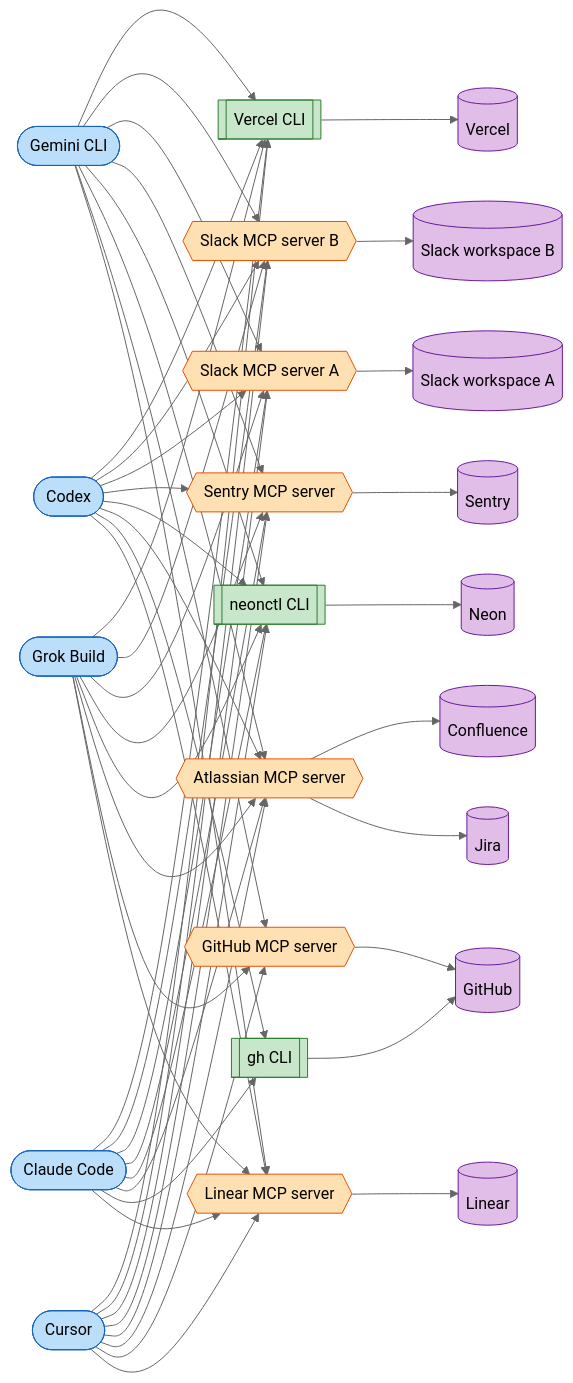
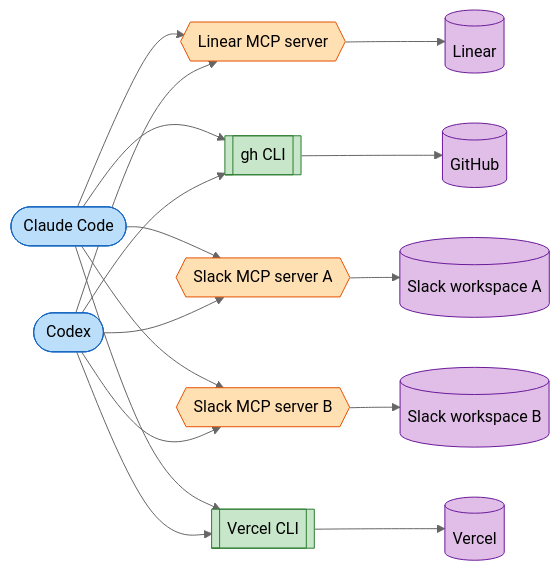
One commit to alephic-ai/foac changed the first of 2 diagrams in README.md. Above: the diagram before and after it, drawn with Mermaid (neutral theme). The commit also changed other lines of this file, not shown here.

Commit message:
docs: trim the README diagrams to two harnesses and five providers

````diff
--- a/README.md
+++ b/README.md
@@ -19,25 +19,18 @@
 ```mermaid
 graph LR
-    CC([Claude Code]) --> LMCP & GHCLI & AMCP & NCLI & SMCP & SLMCPA & SLMCPB & VCLI
-    CU([Cursor]) --> LMCP & GHMCP & AMCP & NCLI & SMCP & SLMCPA & SLMCPB & VCLI
-    GRK([Grok Build]) --> LMCP & GHMCP & AMCP & NCLI & SMCP & SLMCPA & SLMCPB & VCLI
-    CX([Codex]) --> LMCP & GHCLI & AMCP & NCLI & SMCP & SLMCPA & SLMCPB & VCLI
-    GEM([Gemini CLI]) --> LMCP & GHMCP & AMCP & NCLI & SMCP & SLMCPA & SLMCPB & VCLI
+    CC([Claude Code]) --> LMCP & GHCLI & SLMCPA & SLMCPB & VCLI
+    CX([Codex]) --> LMCP & GHCLI & SLMCPA & SLMCPB & VCLI
     LMCP{{Linear MCP server}} --> Linear[(Linear)]
-    GHMCP{{GitHub MCP server}} --> GitHub[(GitHub)]
-    GHCLI[[gh CLI]] --> GitHub
-    AMCP{{Atlassian MCP server}} --> Jira[(Jira)] & Confluence[(Confluence)]
-    NCLI[[neonctl CLI]] --> Neon[(Neon)]
-    SMCP{{Sentry MCP server}} --> Sentry[(Sentry)]
+    GHCLI[[gh CLI]] --> GitHub[(GitHub)]
     SLMCPA{{Slack MCP server A}} --> SlackA[(Slack workspace A)]
     SLMCPB{{Slack MCP server B}} --> SlackB[(Slack workspace B)]
     VCLI[[Vercel CLI]] --> Vercel[(Vercel)]
     classDef harness fill:#bbdefb,stroke:#1565c0,color:#000
     classDef mcp fill:#ffe0b2,stroke:#e65100,color:#000
     classDef cli fill:#c8e6c9,stroke:#2e7d32,color:#000
     classDef provider fill:#e1bee7,stroke:#6a1b9a,color:#000
-    class CC,CU,GRK,CX,GEM harness
-    class LMCP,GHMCP,AMCP,SMCP,SLMCPA,SLMCPB mcp
-    class GHCLI,NCLI,VCLI cli
-    class Linear,GitHub,Jira,Confluence,Neon,Sentry,SlackA,SlackB,Vercel provider
+    class CC,CX harness
+    class LMCP,SLMCPA,SLMCPB mcp
+    class GHCLI,VCLI cli
+    class Linear,GitHub,SlackA,SlackB,Vercel provider
 ```
````
